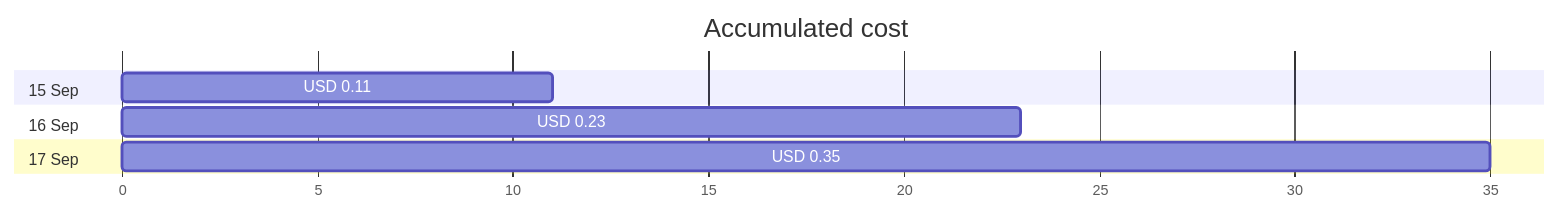
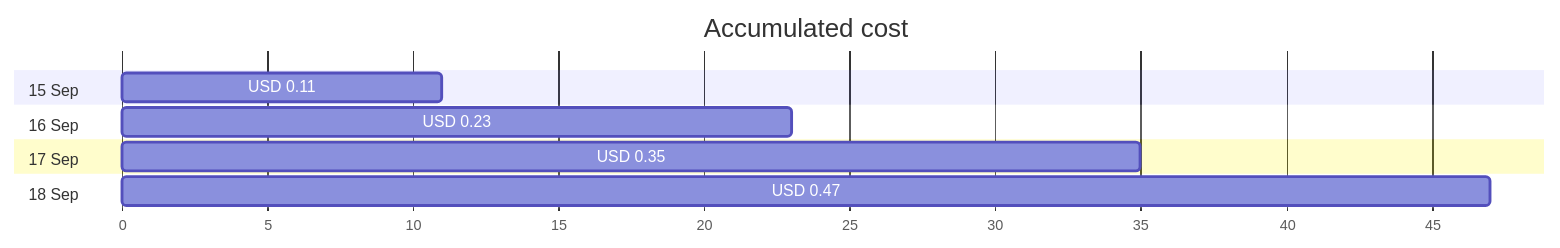
One commit to jpfulton/azure-personal-reports changed the first of 4 diagrams in cost-reports/personal-network/vpn-server-public-ip.md. Above: the diagram before and after it, drawn with Mermaid. The commit also changed other lines of this file and 17 other files, not shown here.

````diff
--- a/cost-reports/personal-network/vpn-server-public-ip.md
+++ b/cost-reports/personal-network/vpn-server-public-ip.md
@@ -20,12 +20,14 @@
 ```mermaid
 gantt
    title Accumulated cost
    dateFormat  X
    axisFormat %s
    section 15 Sep
    USD 0.11 :0, 11
    section 16 Sep
    USD 0.23 :0, 23
    section 17 Sep
    USD 0.35 :0, 35
+   section 18 Sep
+   USD 0.47 :0, 47
 ```
````
